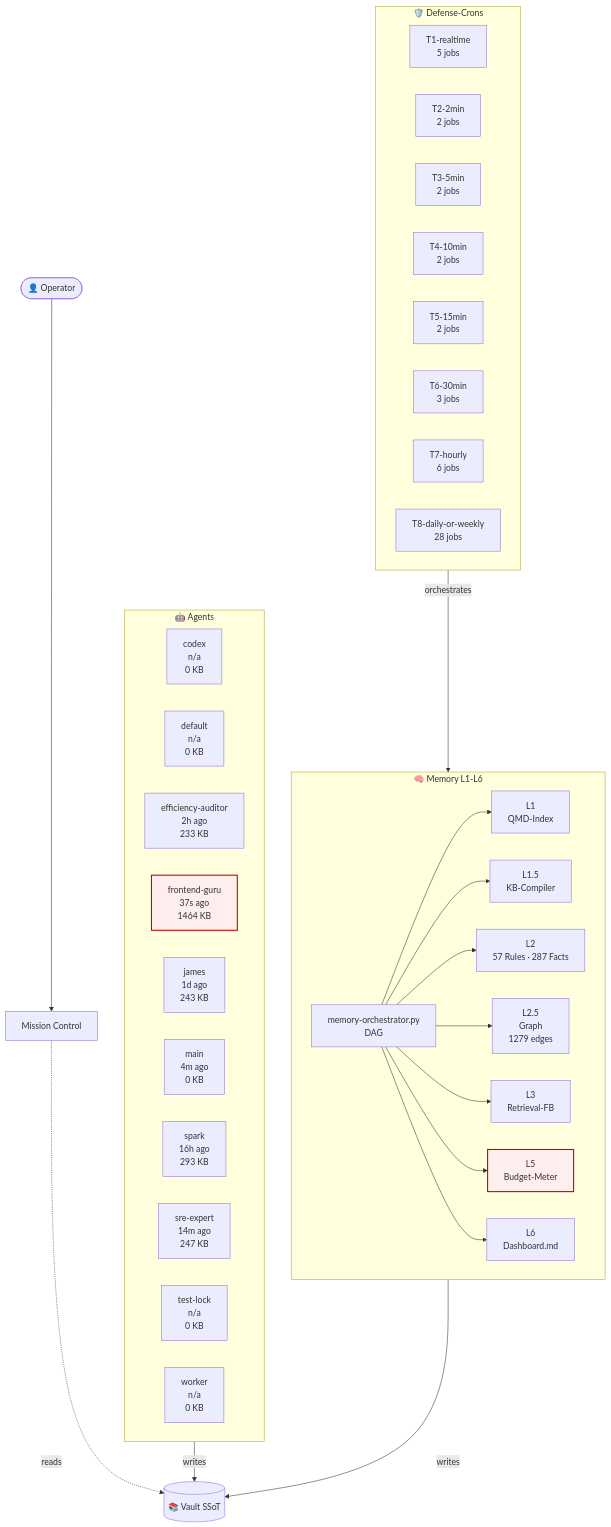
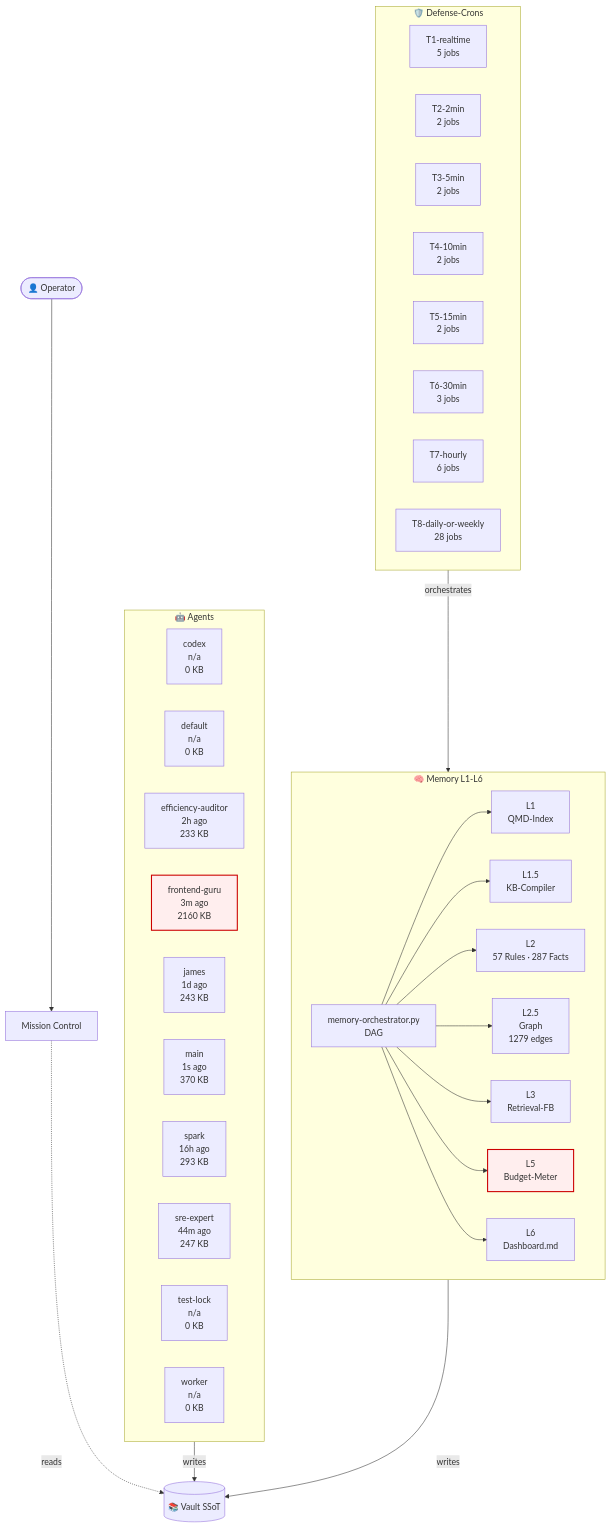
Before and after one commit to lenardhuebner88-rgb/openclaw-memory: the diagram in 03-Agents/architecture-live.md, drawn with Mermaid. The commit also changed other lines of this file and 18 other files, not shown here.

````diff
--- a/03-Agents/architecture-live.md
+++ b/03-Agents/architecture-live.md
@@ -18,53 +18,53 @@
 ```mermaid
 flowchart TB
     classDef critical fill:#fee,stroke:#c00,stroke-width:2px;
     subgraph AGT["🤖 Agents"]
         agent_codex["codex<br/>n/a<br/>0 KB"]
         agent_default["default<br/>n/a<br/>0 KB"]
         agent_efficiency_auditor["efficiency-auditor<br/>2h ago<br/>233 KB"]
-        agent_frontend_guru["frontend-guru<br/>37s ago<br/>1464 KB"]
+        agent_frontend_guru["frontend-guru<br/>3m ago<br/>2160 KB"]
         agent_james["james<br/>1d ago<br/>243 KB"]
-        agent_main["main<br/>4m ago<br/>0 KB"]
+        agent_main["main<br/>1s ago<br/>370 KB"]
         agent_spark["spark<br/>16h ago<br/>293 KB"]
-        agent_sre_expert["sre-expert<br/>14m ago<br/>247 KB"]
+        agent_sre_expert["sre-expert<br/>44m ago<br/>247 KB"]
         agent_test_lock["test-lock<br/>n/a<br/>0 KB"]
         agent_worker["worker<br/>n/a<br/>0 KB"]
     end
     subgraph MEM["🧠 Memory L1-L6"]
         L1["L1<br/>QMD-Index"]
         L15["L1.5<br/>KB-Compiler"]
         L2["L2<br/>57 Rules · 287 Facts"]
         L25["L2.5<br/>Graph<br/>1279 edges"]
         L3["L3<br/>Retrieval-FB"]
         L5["L5<br/>Budget-Meter"]
         L6["L6<br/>Dashboard.md"]
         ORCH["memory-orchestrator.py<br/>DAG"]
     end
     subgraph CRN["🛡️ Defense-Crons"]
         tier_T1_realtime["T1-realtime<br/>5 jobs"]
         tier_T2_2min["T2-2min<br/>2 jobs"]
         tier_T3_5min["T3-5min<br/>2 jobs"]
         tier_T4_10min["T4-10min<br/>2 jobs"]
         tier_T5_15min["T5-15min<br/>2 jobs"]
         tier_T6_30min["T6-30min<br/>3 jobs"]
         tier_T7_hourly["T7-hourly<br/>6 jobs"]
         tier_T8_daily_or_weekly["T8-daily-or-weekly<br/>28 jobs"]
     end
     VAULT[("📚 Vault SSoT")]
     OP([👤 Operator])
     MC["Mission Control"]
     OP --> MC
     MC -.reads.-> VAULT
     AGT -->|writes| VAULT
     MEM -->|writes| VAULT
     ORCH --> L1
     ORCH --> L15
     ORCH --> L2
     ORCH --> L25
     ORCH --> L3
     ORCH --> L5
     ORCH --> L6
     CRN -->|orchestrates| MEM
     class L5 critical
     class agent_frontend_guru critical
 ```
````
